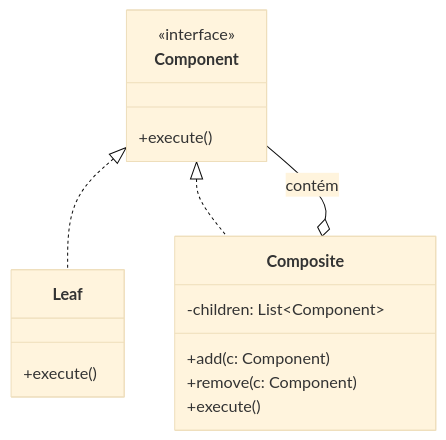
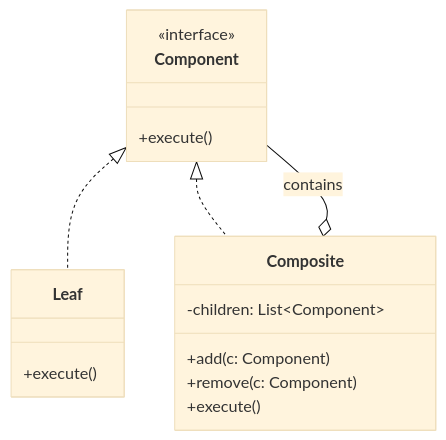
The third of 7 diagrams in knowledge/skills/engineering/patterns/dp-structural-patterns/SKILL.md (dandgabr/Coacus), drawn with Mermaid (base theme) before and after one commit. The commit also changed other lines of this file and 143 other files, not shown here.

````diff
--- a/knowledge/skills/engineering/patterns/dp-structural-patterns/SKILL.md
+++ b/knowledge/skills/engineering/patterns/dp-structural-patterns/SKILL.md
@@ -79,19 +79,19 @@
 ```mermaid
 classDiagram
     class Component {
         <<interface>>
         +execute()
     }
     class Leaf {
         +execute()
     }
     class Composite {
         -children: List~Component~
         +add(c: Component)
         +remove(c: Component)
         +execute()
     }
     Component <|.. Leaf
     Component <|.. Composite
-    Composite o-- Component : contém
+    Composite o-- Component : contains
 ```
````
